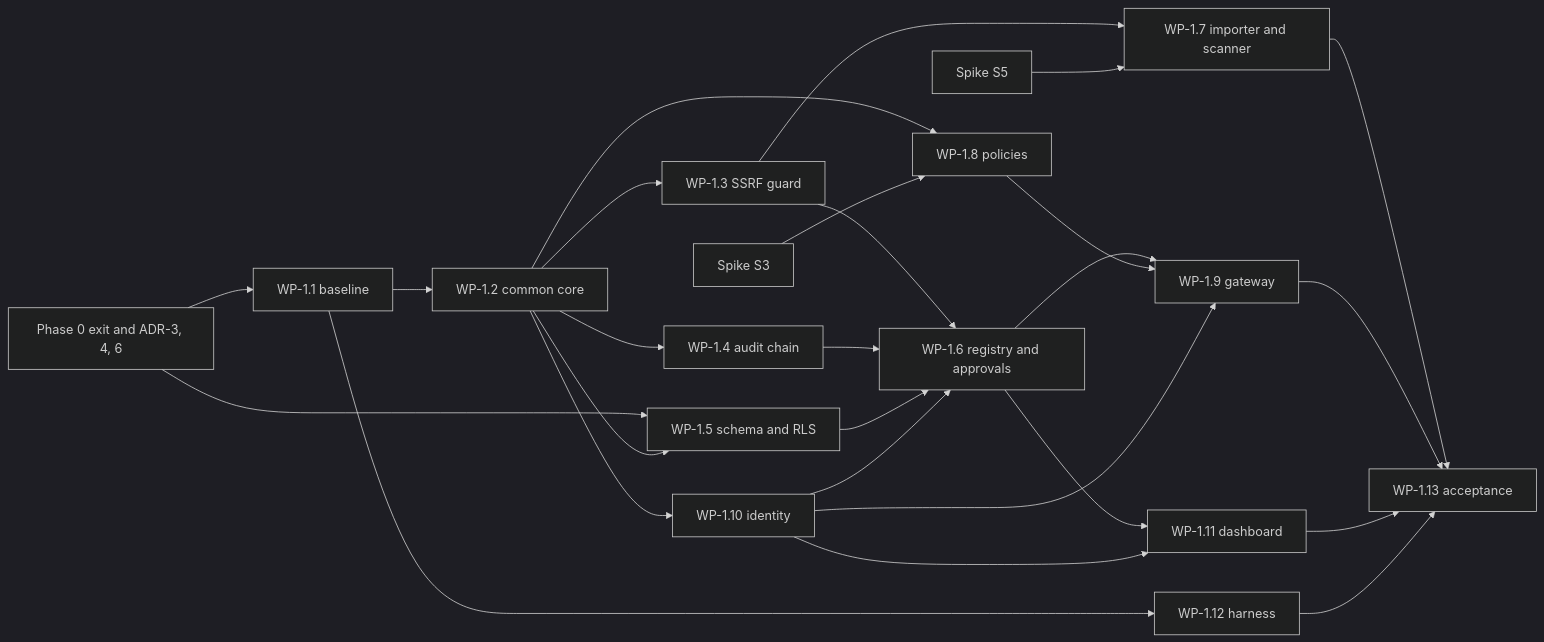
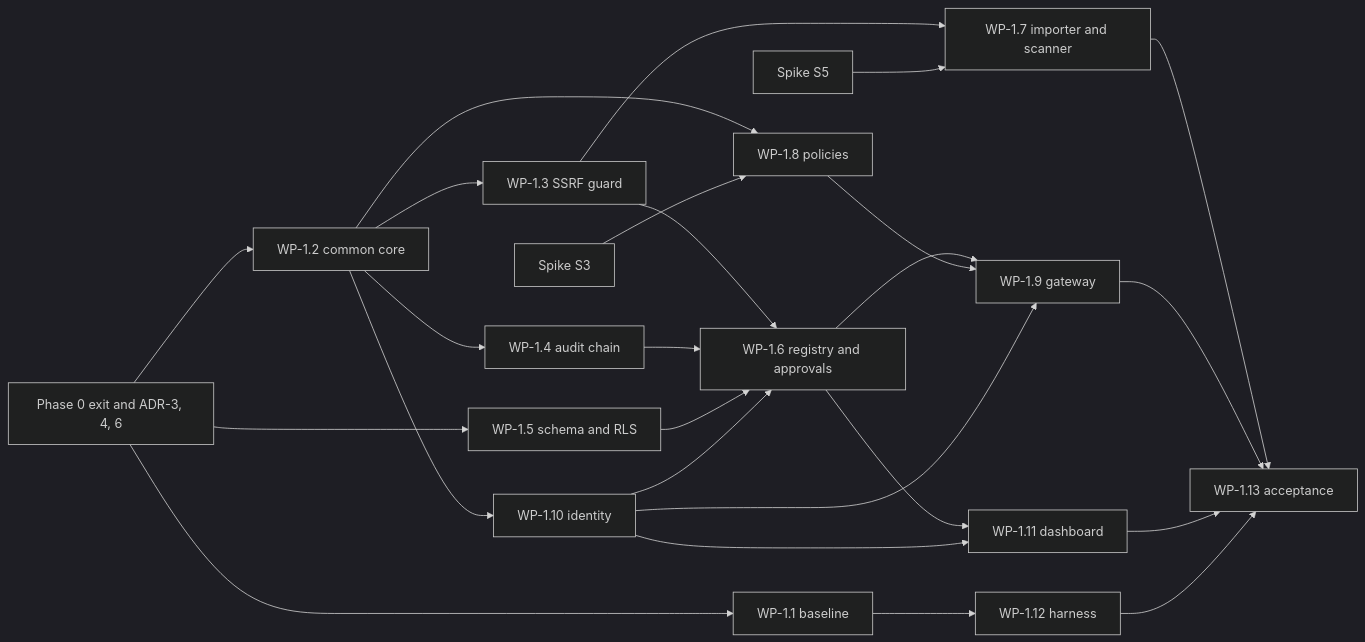
One commit to sujoydeb/AgenticSecCtl changed the diagram in Plan/implementation-plan.md. Above: the diagram before and after it, drawn with Mermaid (dark theme). The commit also changed other lines of this file and 5 other files, not shown here.

````diff
--- a/Plan/implementation-plan.md
+++ b/Plan/implementation-plan.md
@@ -207,28 +208,27 @@
 ```mermaid
 flowchart LR
   P0["Phase 0 exit and ADR-3, 4, 6"] --> WP11["WP-1.1 baseline"]
-  WP11 --> WP12["WP-1.2 common core"]
+  P0 --> WP12["WP-1.2 common core"]
   WP12 --> WP13["WP-1.3 SSRF guard"]
   WP12 --> WP14["WP-1.4 audit chain"]
   P0 --> WP15["WP-1.5 schema and RLS"]
-  WP12 --> WP15
   WP13 --> WP16["WP-1.6 registry and approvals"]
   WP14 --> WP16
   WP15 --> WP16
   WP110["WP-1.10 identity"] --> WP16
   WP12 --> WP110
   WP13 --> WP17["WP-1.7 importer and scanner"]
   S5["Spike S5"] --> WP17
   WP12 --> WP18["WP-1.8 policies"]
   S3["Spike S3"] --> WP18
   WP16 --> WP19["WP-1.9 gateway"]
   WP18 --> WP19
   WP110 --> WP19
   WP16 --> WP111["WP-1.11 dashboard"]
   WP110 --> WP111
   WP11 --> WP112["WP-1.12 harness"]
   WP17 --> WP113["WP-1.13 acceptance"]
   WP19 --> WP113
   WP111 --> WP113
   WP112 --> WP113
 ```
````
